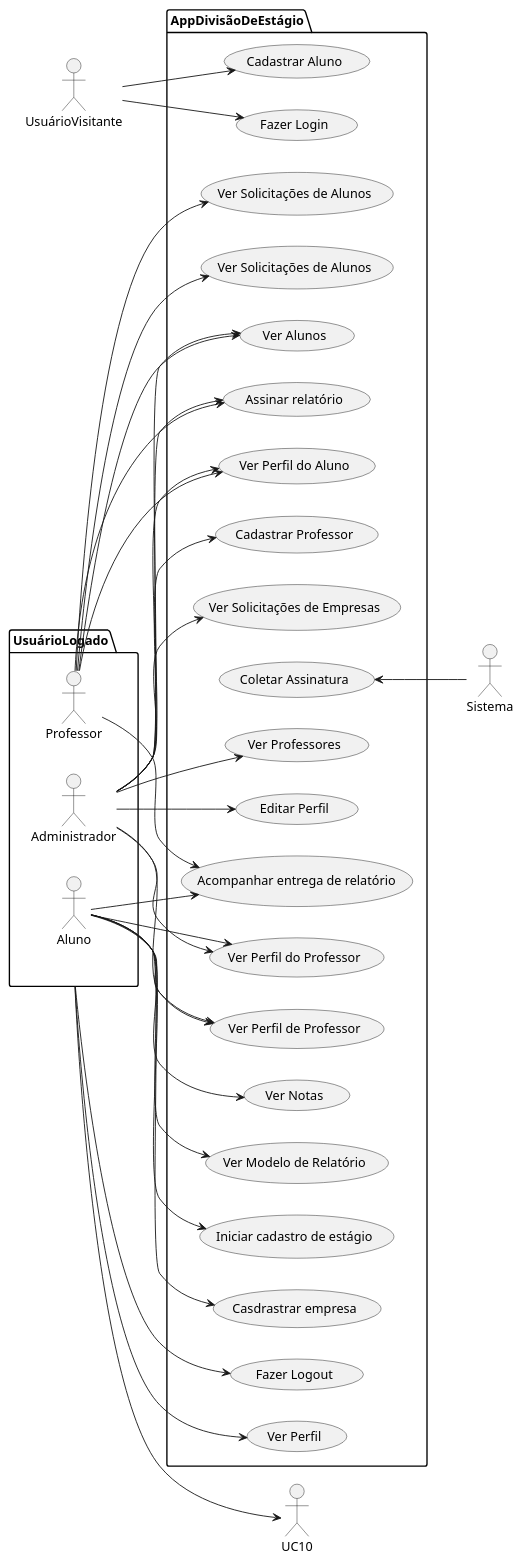
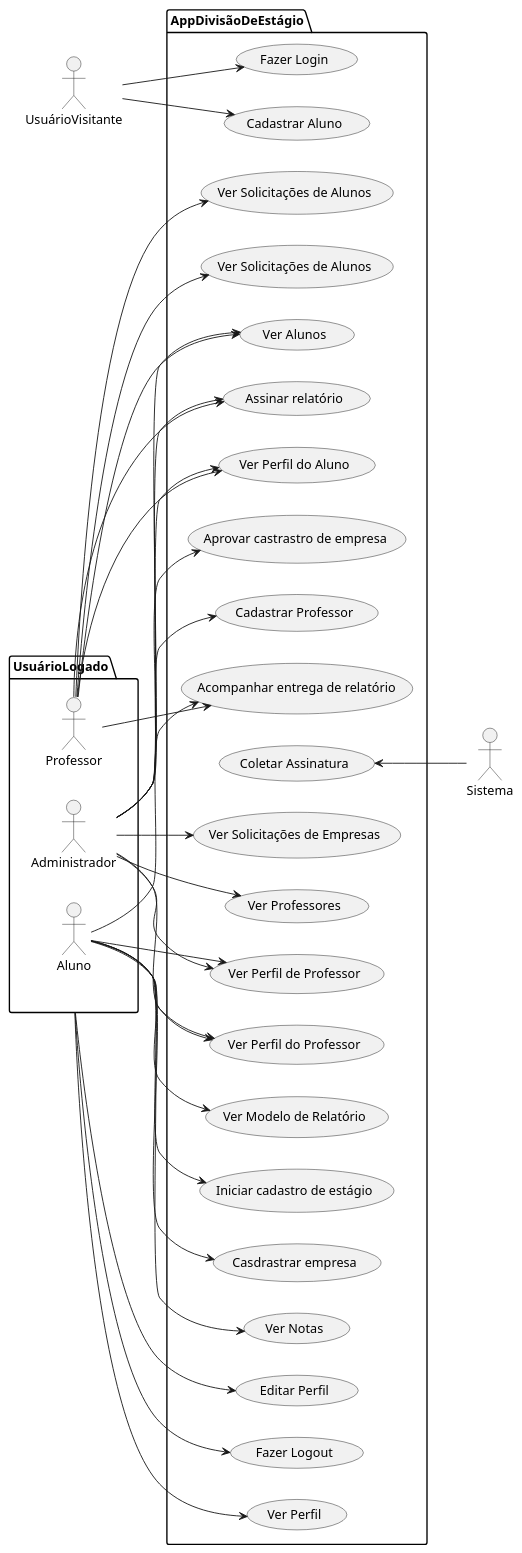
One commit to cabare-do-mel/divestagio_poli changed the diagram in Casos de Uso/UseCases.plantuml. Above: the diagram before and after it, drawn with PlantUML.

```diff
--- a/Casos de Uso/UseCases.plantuml
+++ b/Casos de Uso/UseCases.plantuml
@@ -1,70 +1,70 @@
 @startuml
 left to right direction
 actor UsuárioVisitante as uv
 actor Sistema as sys
 package UsuárioLogado as ul{
   actor Professor as p
   actor Administrador as adm
   actor Aluno as al
 }
 package AppDivisãoDeEstágio {
   usecase "Ver Perfil" as UC1
   usecase "Ver Modelo de Relatório" as UC2
   usecase "Iniciar cadastro de estágio" as UC3
   usecase "Casdrastrar empresa" as UC4
   usecase "Ver Perfil de Professor" as UC5
   usecase "Acompanhar entrega de relatório" as UC6
   usecase "Assinar relatório" as UC7
   usecase "Aprovar castrastro de empresa" as UC8
   usecase "Cadastrar Professor" as UC9
-  usecase "Editar Perfil" as UC8
+  usecase "Editar Perfil" as UC10
   usecase "Coletar Assinatura" as UC11
   usecase "Fazer Login" as UC12
   usecase "Cadastrar Aluno" as UC13
   usecase "Ver Solicitações de Empresas" as UC14
   usecase "Ver Solicitações de Alunos" as UC15
   usecase "Ver Professores" as UC16
   usecase "Ver Alunos" as UC17
   usecase "Ver Solicitações de Alunos" as UC18
   usecase "Fazer Logout" as UC19
   usecase "Ver Notas" as UC20
   usecase "Ver Perfil do Aluno" as UC21
   usecase "Ver Perfil do Professor" as UC22
 }
 
 UC11 <-- sys
 
 
 adm --> UC5
 adm --> UC8
 adm --> UC7
 adm --> UC9
 adm --> UC14
 adm --> UC16
 adm --> UC17
 adm --> UC21
 adm --> UC22
 
 
 p --> UC6
 p --> UC7
 p --> UC15
 p --> UC17
 p --> UC18
 p --> UC21
 
 al --> UC2
 al --> UC3
 al --> UC4
 al --> UC5
 al --> UC6
 al --> UC20
 al --> UC22
 
 uv --> UC12
 uv --> UC13
 
 ul --> UC1
 ul --> UC10
 ul --> UC19
 @enduml
```
